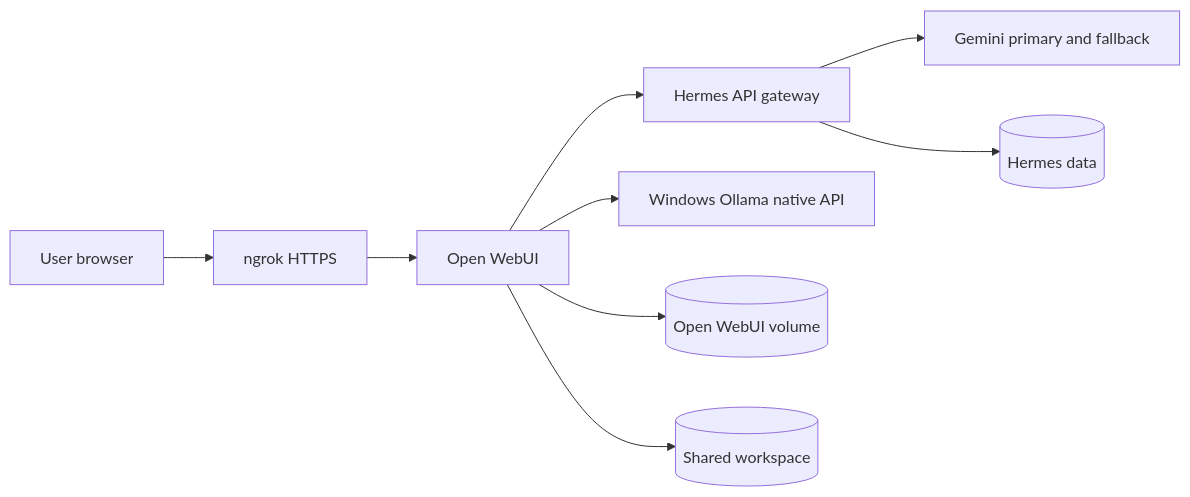
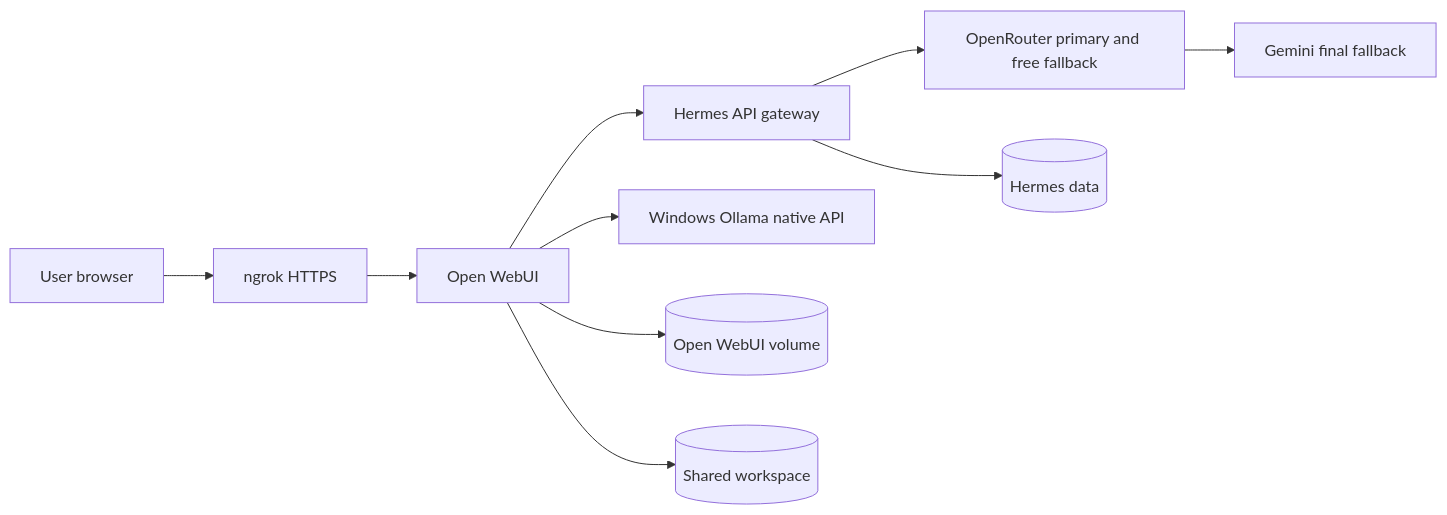
One commit to ahmed-el-mahdy/hermes-ngrok-automation changed the diagram in docs/IMPLEMENTATION_PLAN.md. Above: the diagram before and after it, drawn with Mermaid. The commit also changed 13 other files, not shown here.

````diff
--- a/docs/IMPLEMENTATION_PLAN.md
+++ b/docs/IMPLEMENTATION_PLAN.md
@@ -9,11 +9,12 @@
 ```mermaid
 flowchart LR
   U[User browser] --> N[ngrok HTTPS]
   N --> W[Open WebUI]
   W --> H[Hermes API gateway]
-  H --> G[Gemini primary and fallback]
+  H --> G[OpenRouter primary and free fallback]
+  G --> GF[Gemini final fallback]
   W --> O[Windows Ollama native API]
   W --> D[(Open WebUI volume)]
   H --> C[(Hermes data)]
   W --> S[(Shared workspace)]
 ```
````
